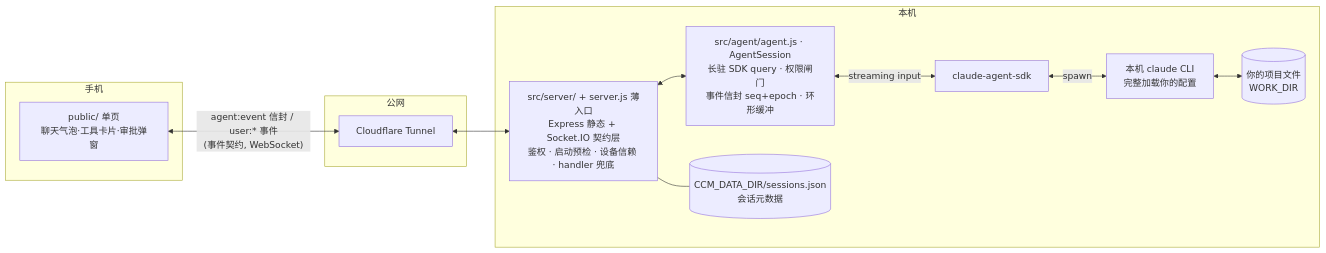
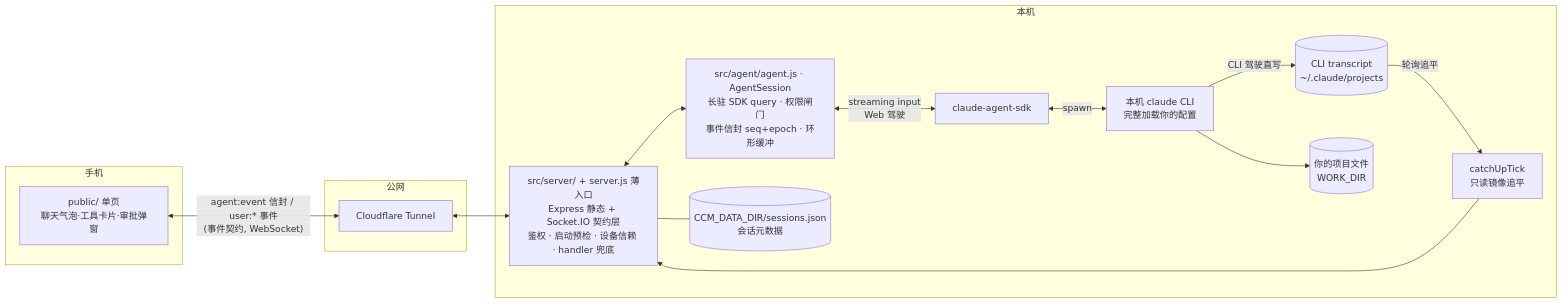
Before and after one commit to Ike-li/claude-chat-mobile: the diagram in README.md, drawn with Mermaid. The commit also changed other lines of this file and 3 other files, not shown here.

````diff
--- a/README.md
+++ b/README.md
@@ -135,21 +153,26 @@
 ```mermaid
 graph LR
     subgraph 手机
         UI[public/ 单页<br/>聊天气泡·工具卡片·审批弹窗]
     end
     subgraph 公网
         CF[Cloudflare Tunnel]
     end
     subgraph 本机
         S[src/server/ + server.js 薄入口<br/>Express 静态 + Socket.IO 契约层<br/>鉴权 · 启动预检 · 设备信赖 · handler 兜底]
         A[src/agent/agent.js · AgentSession<br/>长驻 SDK query · 权限闸门<br/>事件信封 seq+epoch · 环形缓冲]
         J[(CCM_DATA_DIR/sessions.json<br/>会话元数据)]
+        H[catchUpTick<br/>只读镜像追平]
         SDK[claude-agent-sdk]
         CLI[本机 claude CLI<br/>完整加载你的配置]
+        T[(CLI transcript<br/>~/.claude/projects)]
         FS[(你的项目文件<br/>WORK_DIR)]
     end
     UI <-->|"agent:event 信封 / user:* 事件<br/>(事件契约, WebSocket)"| CF <--> S
     S <--> A
-    A <-->|streaming input| SDK <-->|spawn| CLI <--> FS
+    A <-->|streaming input<br/>Web 驾驶| SDK <-->|spawn| CLI
+    CLI --> FS
+    CLI -->|CLI 驾驶直写| T
+    T -->|轮询追平| H --> S
     S --- J
 ```
````
